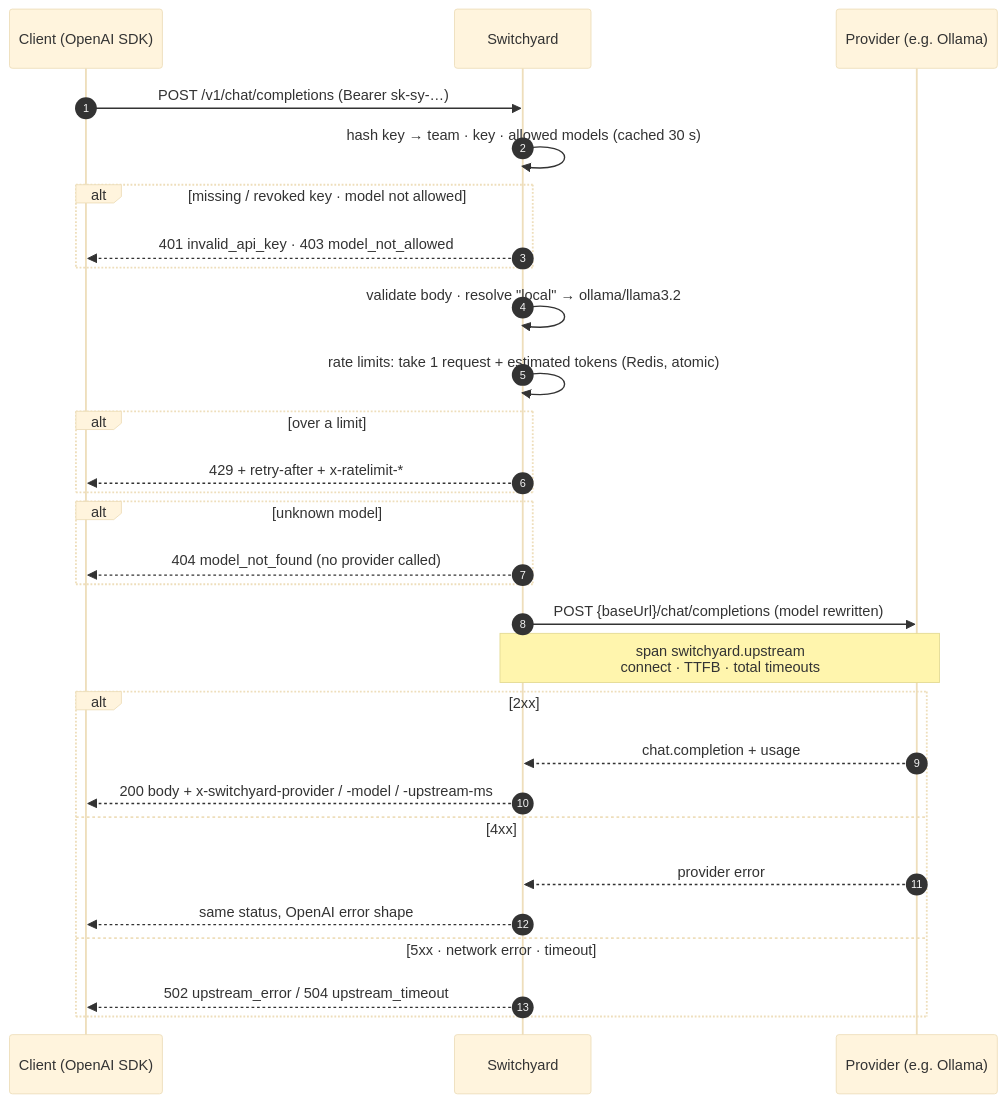
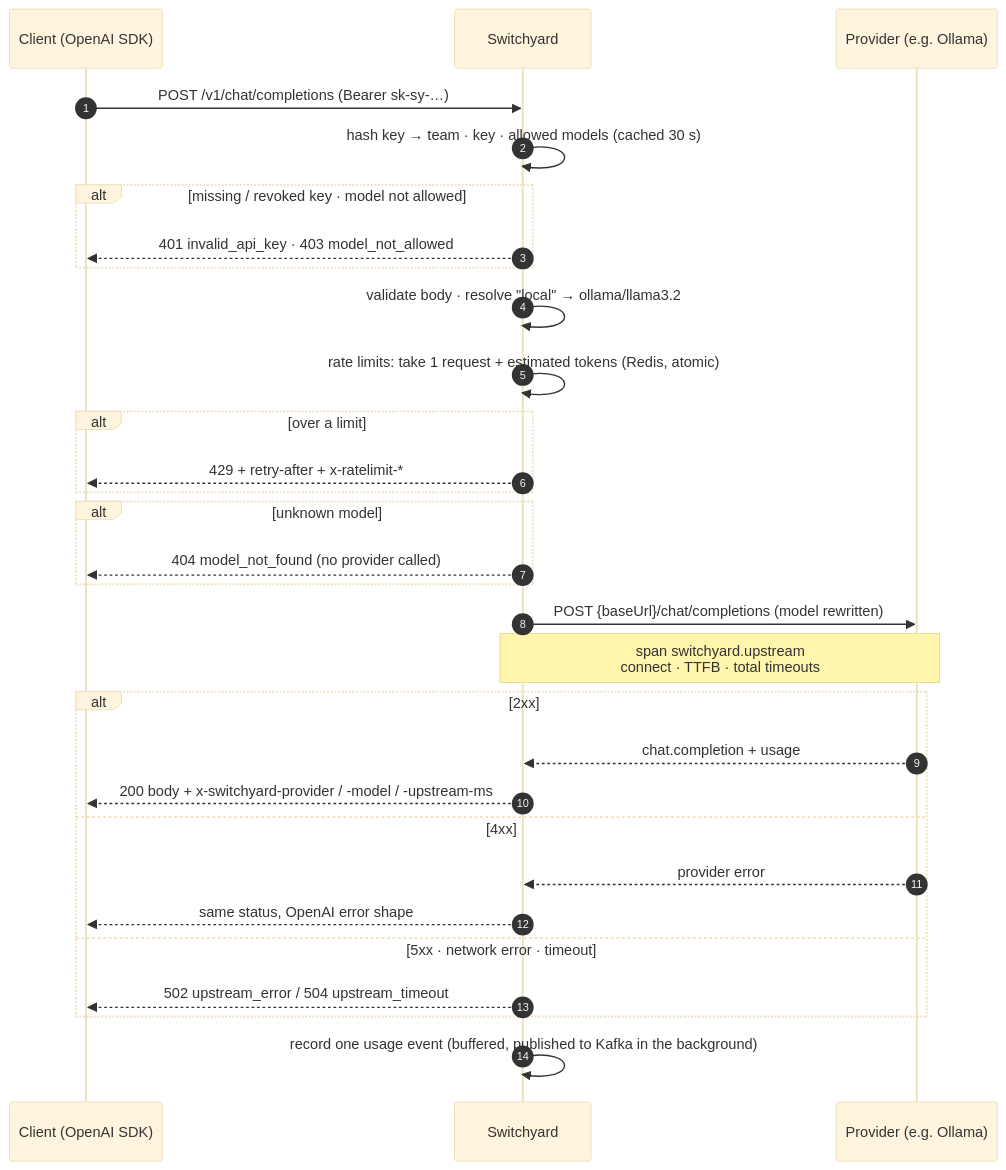
The second of 6 diagrams in README.md (thisanches07/switchyard), drawn with Mermaid (base theme) before and after one commit. The commit also changed other lines of this file and 4 other files, not shown here.

````diff
--- a/README.md
+++ b/README.md
@@ -252,32 +255,33 @@
 ```mermaid
 sequenceDiagram
   autonumber
   participant C as Client (OpenAI SDK)
   participant G as Switchyard
   participant P as Provider (e.g. Ollama)
 
   C->>G: POST /v1/chat/completions (Bearer sk-sy-…)
   G->>G: hash key → team · key · allowed models (cached 30 s)
   alt missing / revoked key · model not allowed
     G-->>C: 401 invalid_api_key · 403 model_not_allowed
   end
   G->>G: validate body · resolve "local" → ollama/llama3.2
   G->>G: rate limits: take 1 request + estimated tokens (Redis, atomic)
   alt over a limit
     G-->>C: 429 + retry-after + x-ratelimit-*
   end
   alt unknown model
     G-->>C: 404 model_not_found (no provider called)
   end
   G->>P: POST {baseUrl}/chat/completions (model rewritten)
   Note over G,P: span switchyard.upstream<br/>connect · TTFB · total timeouts
   alt 2xx
     P-->>G: chat.completion + usage
     G-->>C: 200 body + x-switchyard-provider / -model / -upstream-ms
   else 4xx
     P-->>G: provider error
     G-->>C: same status, OpenAI error shape
   else 5xx · network error · timeout
     G-->>C: 502 upstream_error / 504 upstream_timeout
   end
+  G->>G: record one usage event (buffered, published to Kafka in the background)
 ```
````
